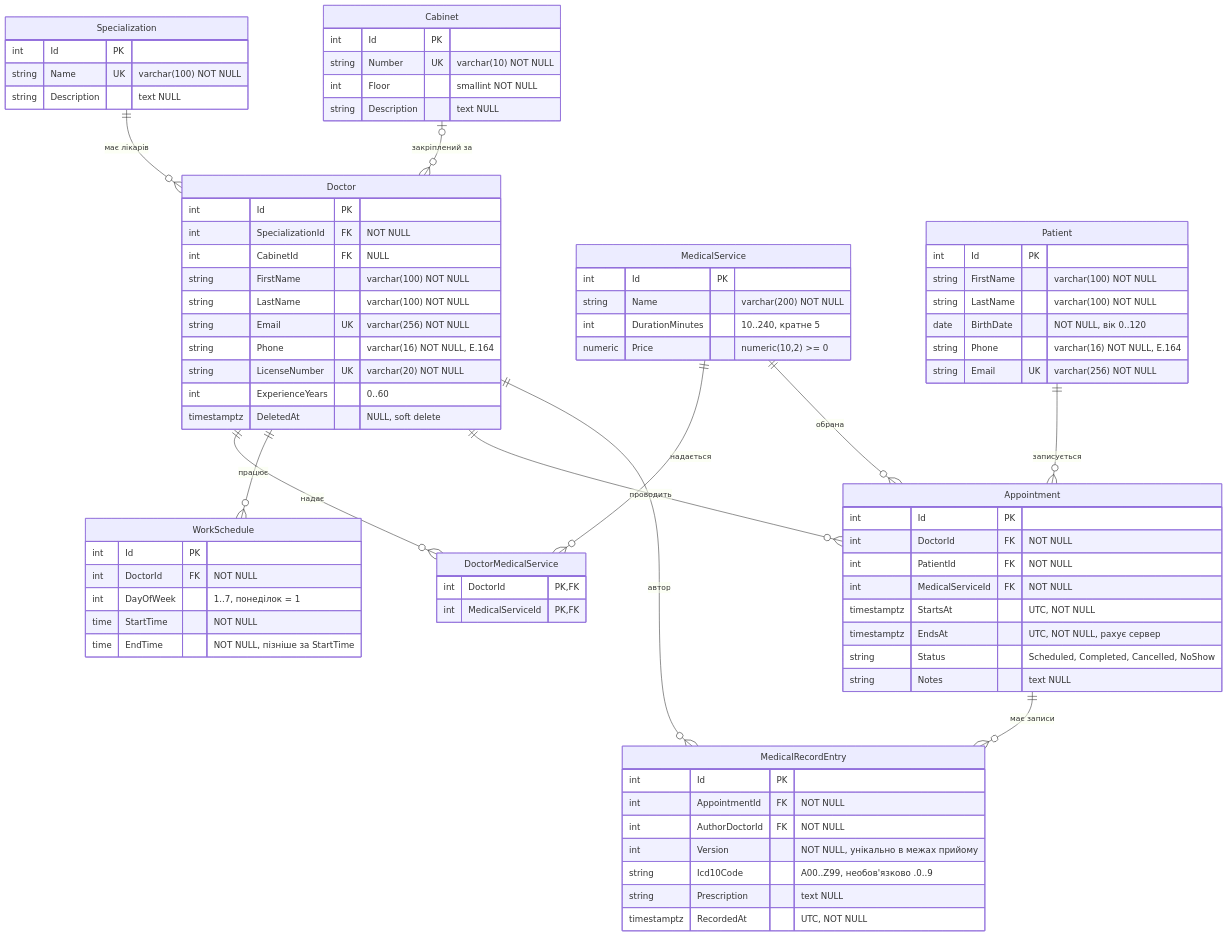
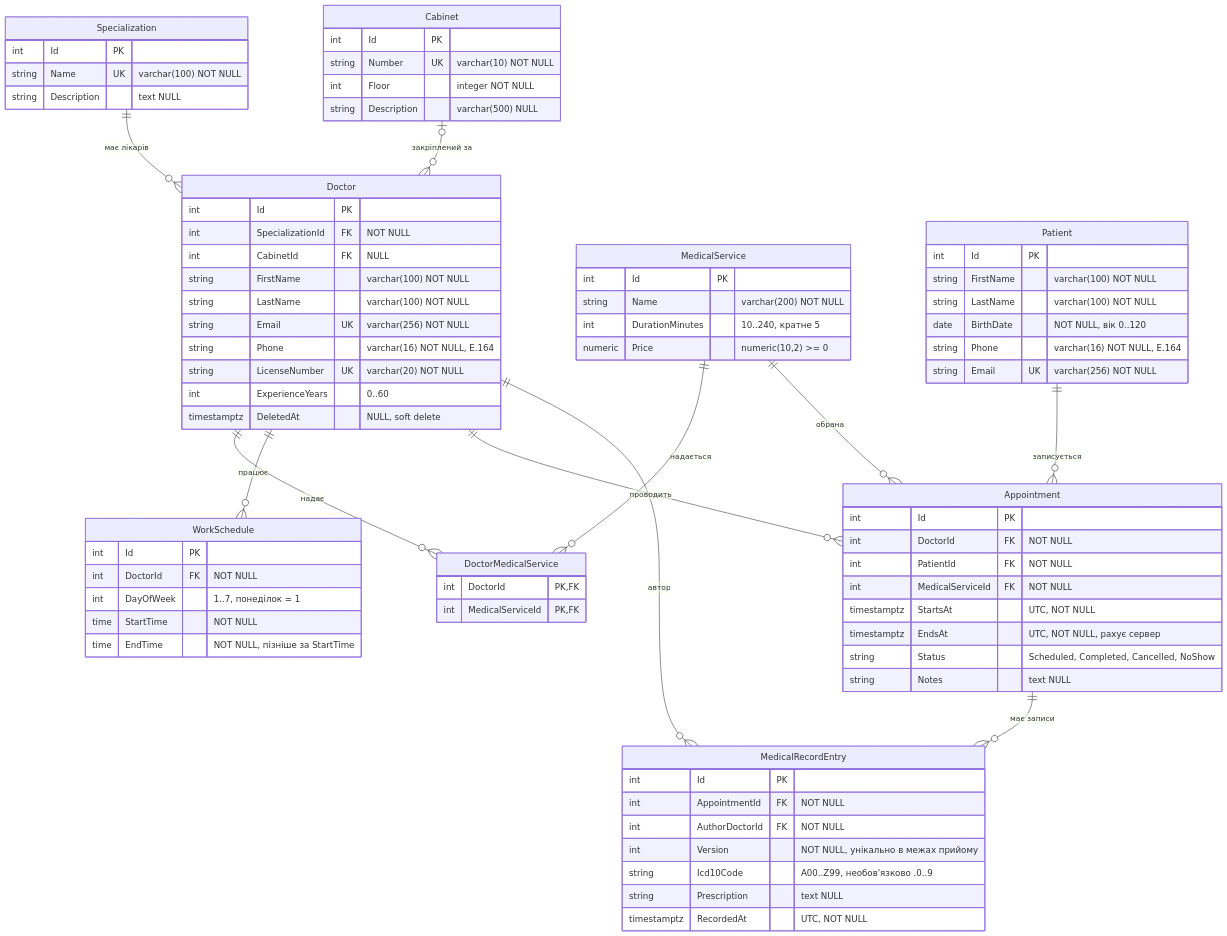
Before and after one commit to PNU-Server-Web-2026/team-04-clinic: the diagram in docs/erd.md, drawn with Mermaid. The commit also changed other lines of this file and 6 other files, not shown here.

```diff
--- a/docs/erd.md
+++ b/docs/erd.md
@@ -41,8 +43,8 @@
     Cabinet {
         int Id PK
         string Number UK "varchar(10) NOT NULL"
-        int Floor "smallint NOT NULL"
-        string Description "text NULL"
+        int Floor "integer NOT NULL"
+        string Description "varchar(500) NULL"
     }
 
     Patient {
```
